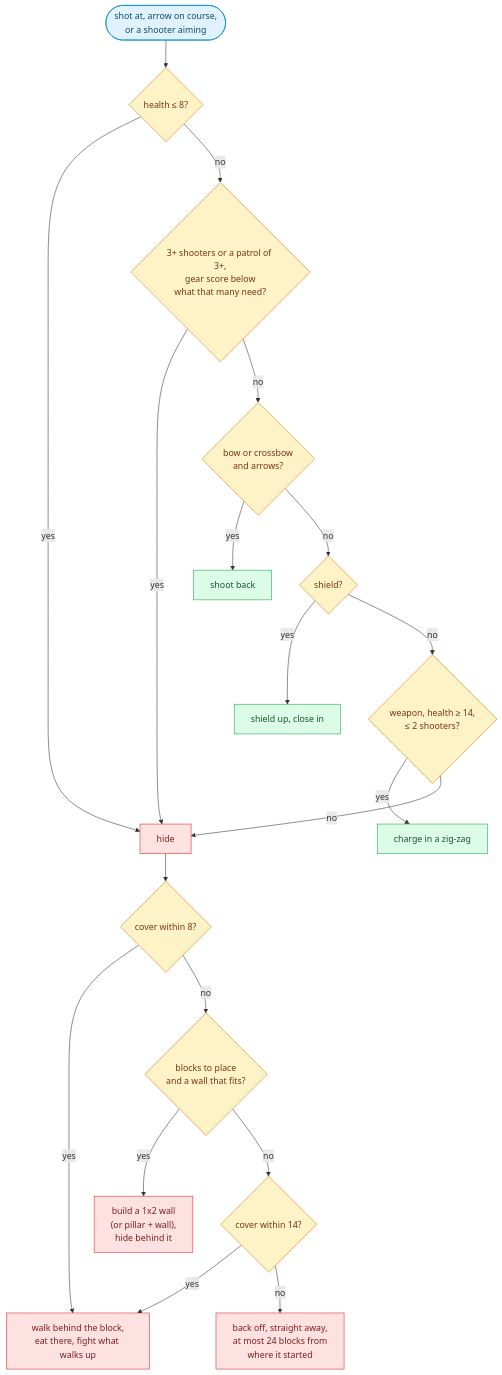
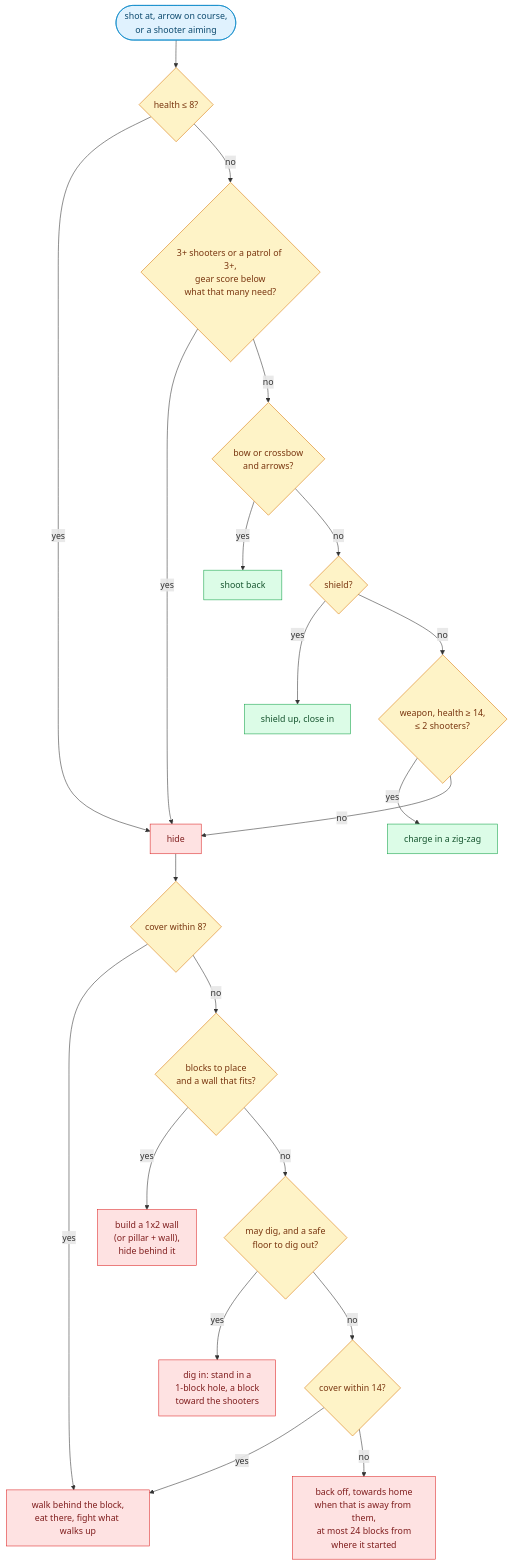
One commit to thereisnotime/golemkit changed the fifth of 6 diagrams in docs/concepts/world.md. Above: the diagram before and after it, drawn with Mermaid. The commit also changed other lines of this file and 6 other files, not shown here.

Commit message:
docs, openspec: ranged cover under fire, dig in

````diff
--- a/docs/concepts/world.md
+++ b/docs/concepts/world.md
@@ -416,29 +416,31 @@
 ```mermaid
 flowchart TB
   A(["shot at, arrow on course,<br/>or a shooter aiming"]) --> L{"health ≤ 8?"}
   L -- yes --> H["hide"]
   L -- no --> O{"3+ shooters or a patrol of 3+,<br/>gear score below<br/>what that many need?"}
   O -- yes --> H
   O -- no --> B{"bow or crossbow<br/>and arrows?"}
   B -- yes --> S["shoot back"]
   B -- no --> SH{"shield?"}
   SH -- yes --> C["shield up, close in"]
   SH -- no --> CH{"weapon, health ≥ 14,<br/>≤ 2 shooters?"}
   CH -- yes --> Z["charge in a zig-zag"]
   CH -- no --> H
   H --> CV{"cover within 8?"}
   CV -- yes --> CO["walk behind the block,<br/>eat there, fight what walks up"]
   CV -- no --> BL{"blocks to place<br/>and a wall that fits?"}
   BL -- yes --> W["build a 1x2 wall<br/>(or pillar + wall),<br/>hide behind it"]
-  BL -- no --> CF{"cover within 14?"}
+  BL -- no --> DI{"may dig, and a safe<br/>floor to dig out?"}
+  DI -- yes --> D["dig in: stand in a<br/>1-block hole, a block<br/>toward the shooters"]
+  DI -- no --> CF{"cover within 14?"}
   CF -- yes --> CO
-  CF -- no --> R["back off, straight away,<br/>at most 24 blocks from<br/>where it started"]
+  CF -- no --> R["back off, towards home<br/>when that is away from them,<br/>at most 24 blocks from<br/>where it started"]
   classDef a fill:#e0f2fe,stroke:#0284c7,color:#0c4a6e
   classDef d fill:#fef3c7,stroke:#d97706,color:#78350f
   classDef g fill:#dcfce7,stroke:#16a34a,color:#14532d
   classDef r fill:#fee2e2,stroke:#dc2626,color:#7f1d1d
   class A a
-  class L,O,B,SH,CH,CV,BL,CF d
+  class L,O,B,SH,CH,CV,BL,DI,CF d
   class S,C,Z g
-  class H,CO,W,R r
+  class H,CO,W,D,R r
 ```
````
